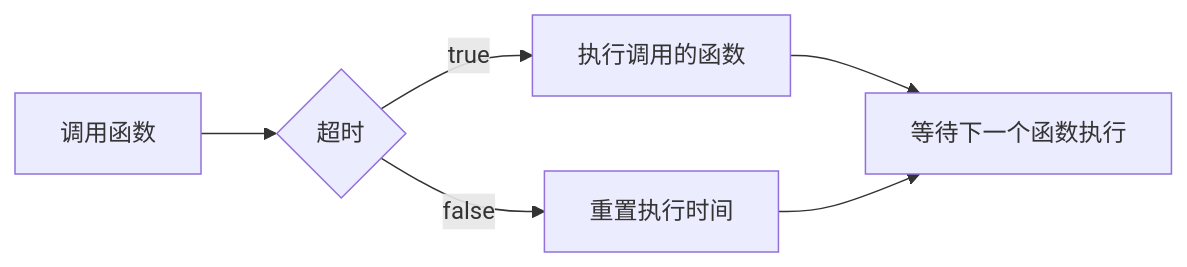
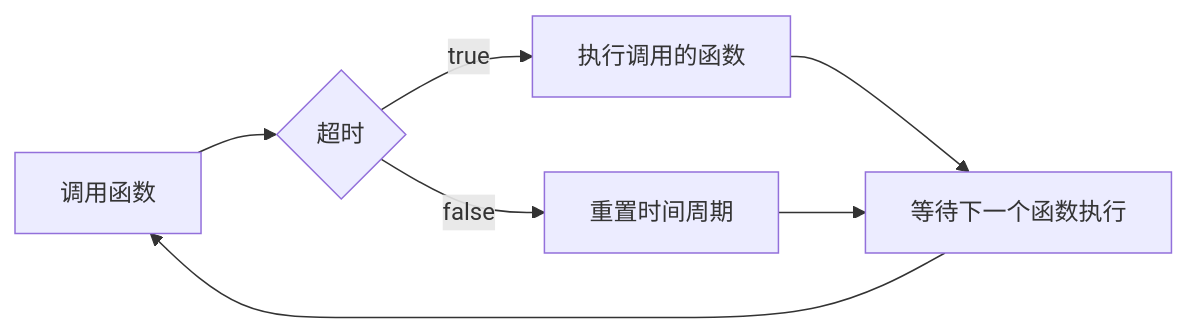
Before and after one commit to Zhe28/record: the second of 4 diagrams in packages/notes/src/web/javascript/utils/debounce-throttle.md, drawn with Mermaid. The commit also changed other lines of this file, not shown here.

````diff
--- a/packages/notes/src/web/javascript/utils/debounce-throttle.md
+++ b/packages/notes/src/web/javascript/utils/debounce-throttle.md
@@ -70,6 +72,6 @@
 ```mermaid
 graph LR
     A[调用函数] --> B{超时}
-    B -->|true| C[执行调用的函数] --> D[等待下一个函数执行]
-    B -->|false| 重置执行时间 --> D
+    B -->|true| C[执行调用的函数] --> D[等待下一个函数执行] --> A
+    B -->|false| 重置时间周期 --> D
 ```
````
